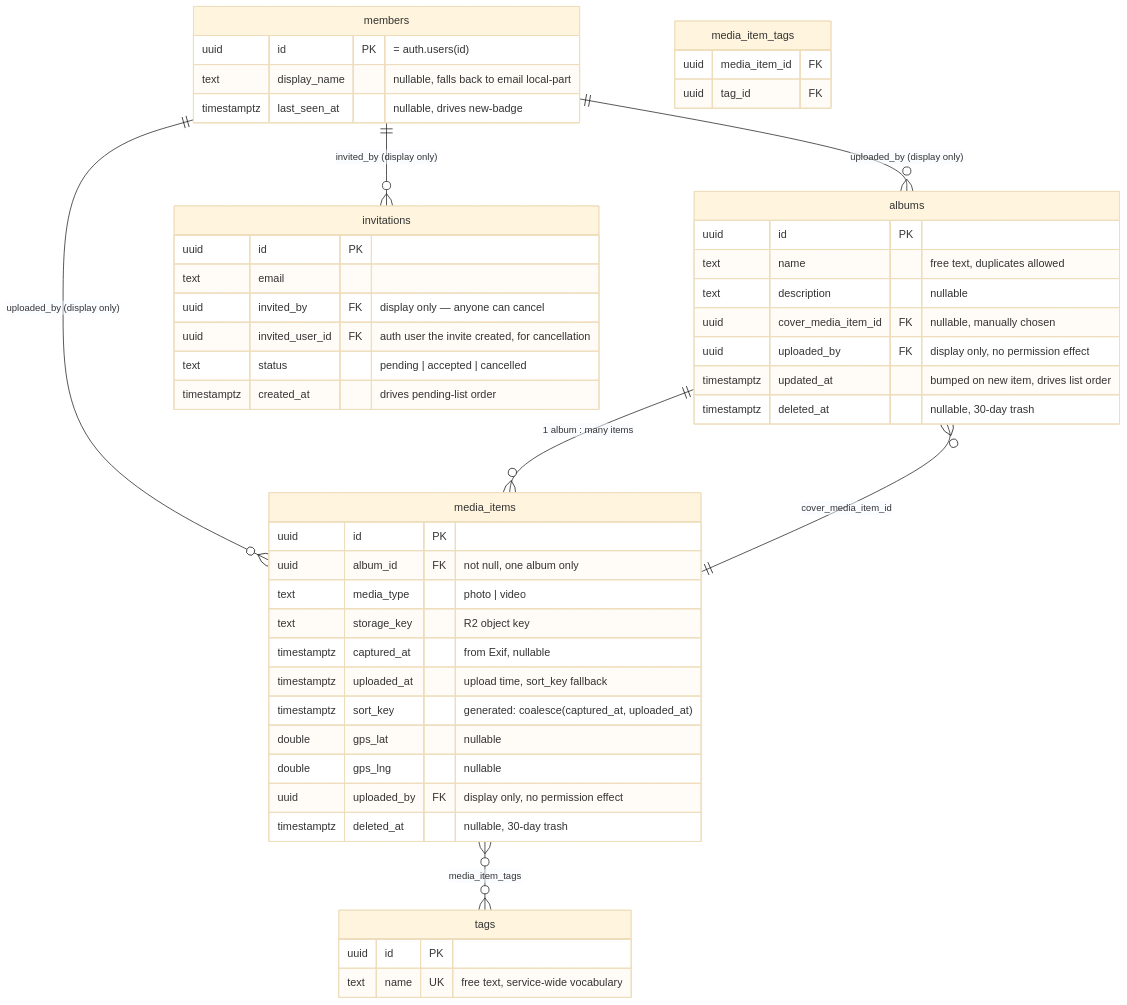
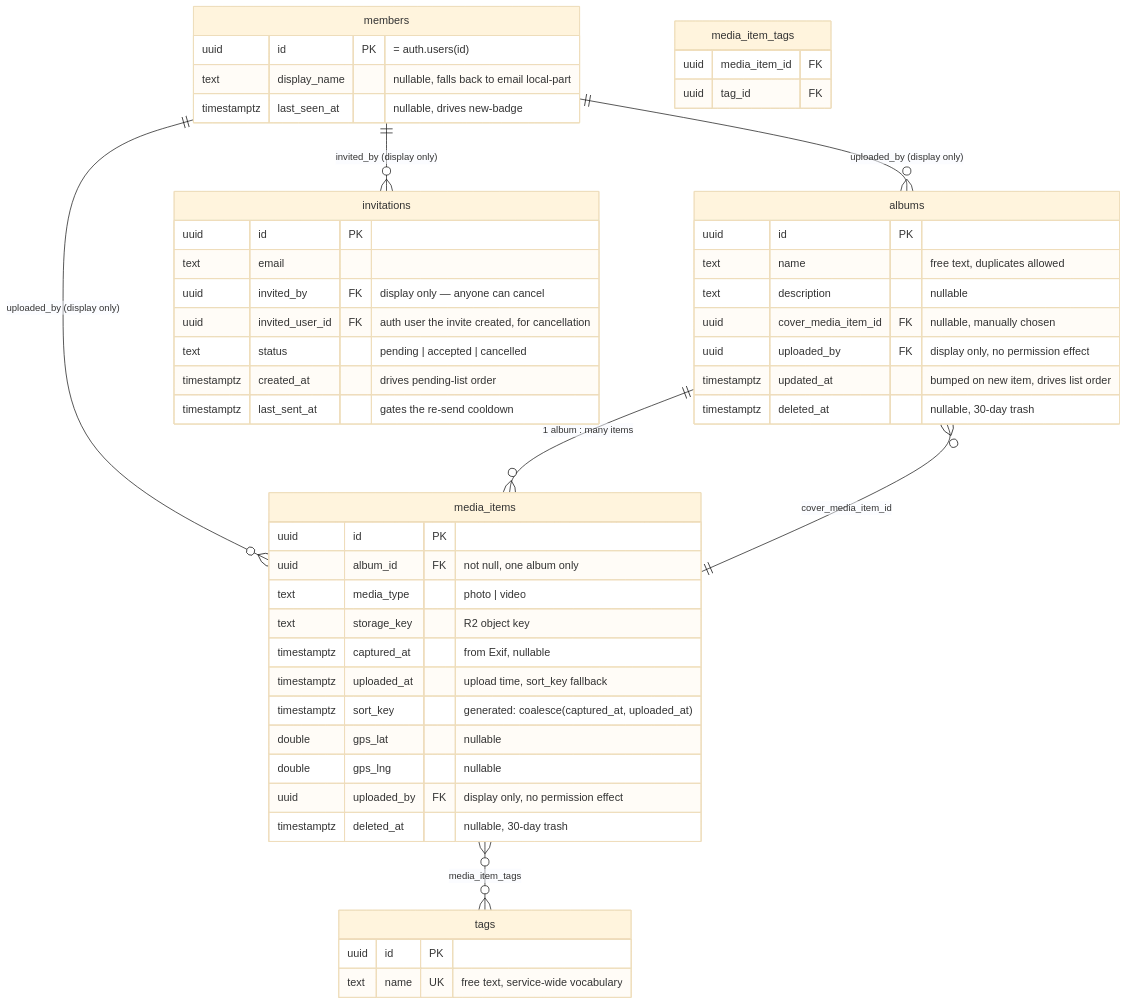
The second of 2 diagrams in README.md (Takayyz/amber), drawn with Mermaid (base theme) before and after one commit. The commit also changed other lines of this file and 6 other files, not shown here.

````diff
--- a/README.md
+++ b/README.md
@@ -136,53 +136,54 @@
 ```mermaid
 erDiagram
     members ||--o{ albums : "uploaded_by (display only)"
     members ||--o{ media_items : "uploaded_by (display only)"
     members ||--o{ invitations : "invited_by (display only)"
     albums ||--o{ media_items : "1 album : many items"
     albums }o--|| media_items : "cover_media_item_id"
     media_items }o--o{ tags : "media_item_tags"
 
     members {
         uuid id PK "= auth.users(id)"
         text display_name "nullable, falls back to email local-part"
         timestamptz last_seen_at "nullable, drives new-badge"
     }
     albums {
         uuid id PK
         text name "free text, duplicates allowed"
         text description "nullable"
         uuid cover_media_item_id FK "nullable, manually chosen"
         uuid uploaded_by FK "display only, no permission effect"
         timestamptz updated_at "bumped on new item, drives list order"
         timestamptz deleted_at "nullable, 30-day trash"
     }
     media_items {
         uuid id PK
         uuid album_id FK "not null, one album only"
         text media_type "photo | video"
         text storage_key "R2 object key"
         timestamptz captured_at "from Exif, nullable"
         timestamptz uploaded_at "upload time, sort_key fallback"
         timestamptz sort_key "generated: coalesce(captured_at, uploaded_at)"
         double gps_lat "nullable"
         double gps_lng "nullable"
         uuid uploaded_by FK "display only, no permission effect"
         timestamptz deleted_at "nullable, 30-day trash"
     }
     tags {
         uuid id PK
         text name UK "free text, service-wide vocabulary"
     }
     media_item_tags {
         uuid media_item_id FK
         uuid tag_id FK
     }
     invitations {
         uuid id PK
         text email
         uuid invited_by FK "display only — anyone can cancel"
         uuid invited_user_id FK "auth user the invite created, for cancellation"
         text status "pending | accepted | cancelled"
         timestamptz created_at "drives pending-list order"
+        timestamptz last_sent_at "gates the re-send cooldown"
     }
 ```
````
